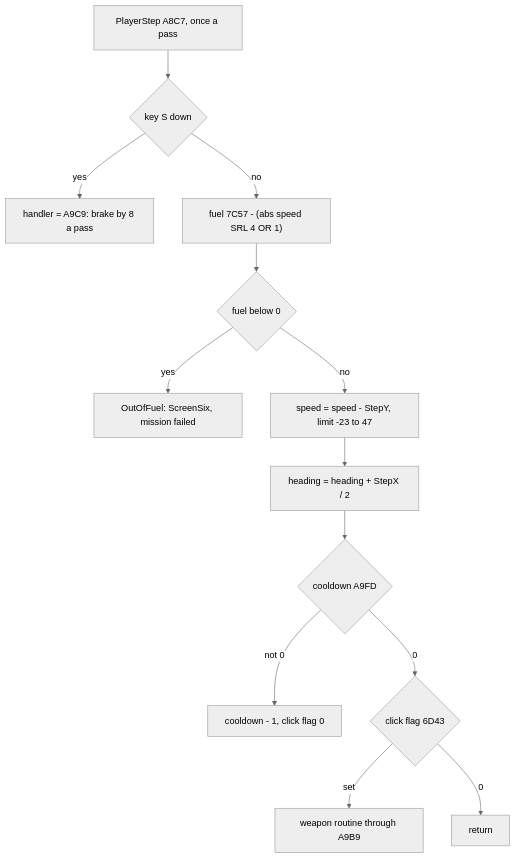
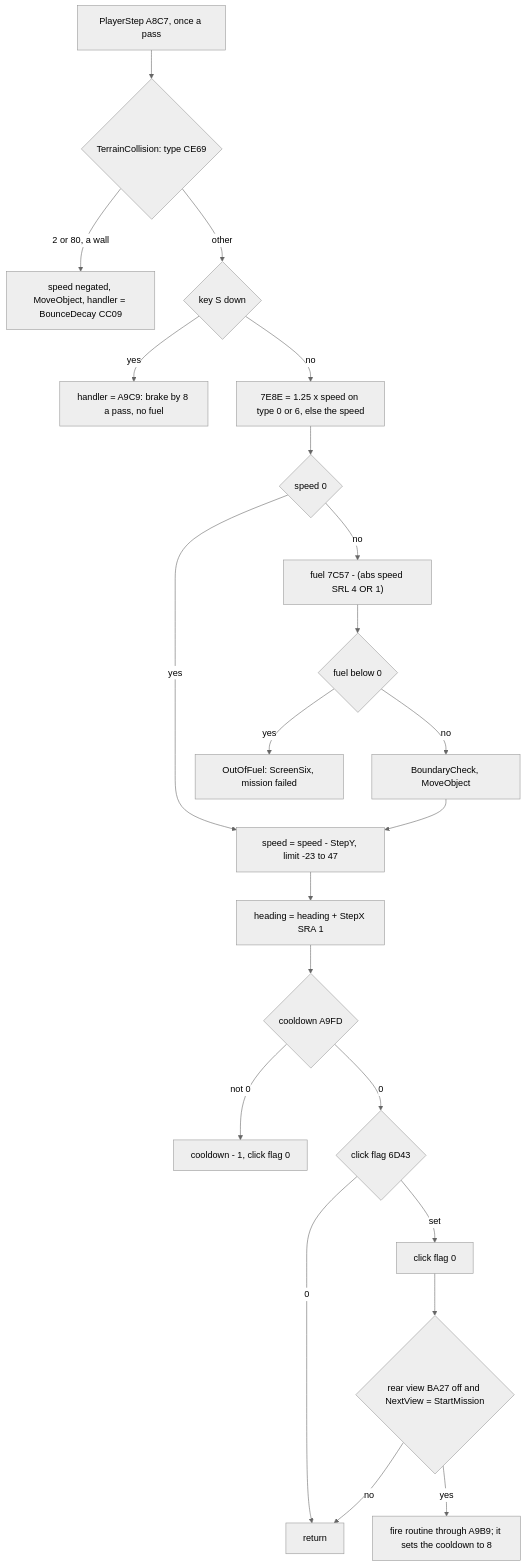
Before and after one commit to alfishe/unrealng-reverse-cases: the tenth of 11 diagrams in games/battle-command/docs/05-controls.md, drawn with Mermaid (neutral theme). The commit also changed other lines of this file and 75 other files, not shown here.

````diff
--- a/games/battle-command/docs/05-controls.md
+++ b/games/battle-command/docs/05-controls.md
@@ -911,15 +1022,24 @@
 ```mermaid
 flowchart TD
-  A["PlayerStep A8C7, once a pass"] --> B{"key S down"}
-  B -->|yes| BR["handler = A9C9: brake by 8 a pass"]
-  B -->|no| C["fuel 7C57 - (abs speed SRL 4 OR 1)"]
+  A["PlayerStep A8C7, once a pass"] --> T{"TerrainCollision: type CE69"}
+  T -->|"2 or 80, a wall"| W["speed negated, MoveObject, handler = BounceDecay CC09"]
+  T -->|other| B{"key S down"}
+  B -->|yes| BR["handler = A9C9: brake by 8 a pass, no fuel"]
+  B -->|no| RG["7E8E = 1.25 x speed on type 0 or 6, else the speed"]
+  RG --> Z{"speed 0"}
+  Z -->|yes| E
+  Z -->|no| C["fuel 7C57 - (abs speed SRL 4 OR 1)"]
   C --> D{"fuel below 0"}
   D -->|yes| F["OutOfFuel: ScreenSix, mission failed"]
-  D -->|no| E["speed = speed - StepY, limit -23 to 47"]
-  E --> G["heading = heading + StepX / 2"]
+  D -->|no| M["BoundaryCheck, MoveObject"]
+  M --> E["speed = speed - StepY, limit -23 to 47"]
+  E --> G["heading = heading + StepX SRA 1"]
   G --> H{"cooldown A9FD"}
   H -->|"not 0"| I["cooldown - 1, click flag 0"]
   H -->|0| J{"click flag 6D43"}
-  J -->|set| K["weapon routine through A9B9"]
   J -->|0| R["return"]
+  J -->|set| J2["click flag 0"]
+  J2 --> V{"rear view BA27 off and NextView = StartMission"}
+  V -->|no| R
+  V -->|yes| K["fire routine through A9B9; it sets the cooldown to 8"]
 ```
````
